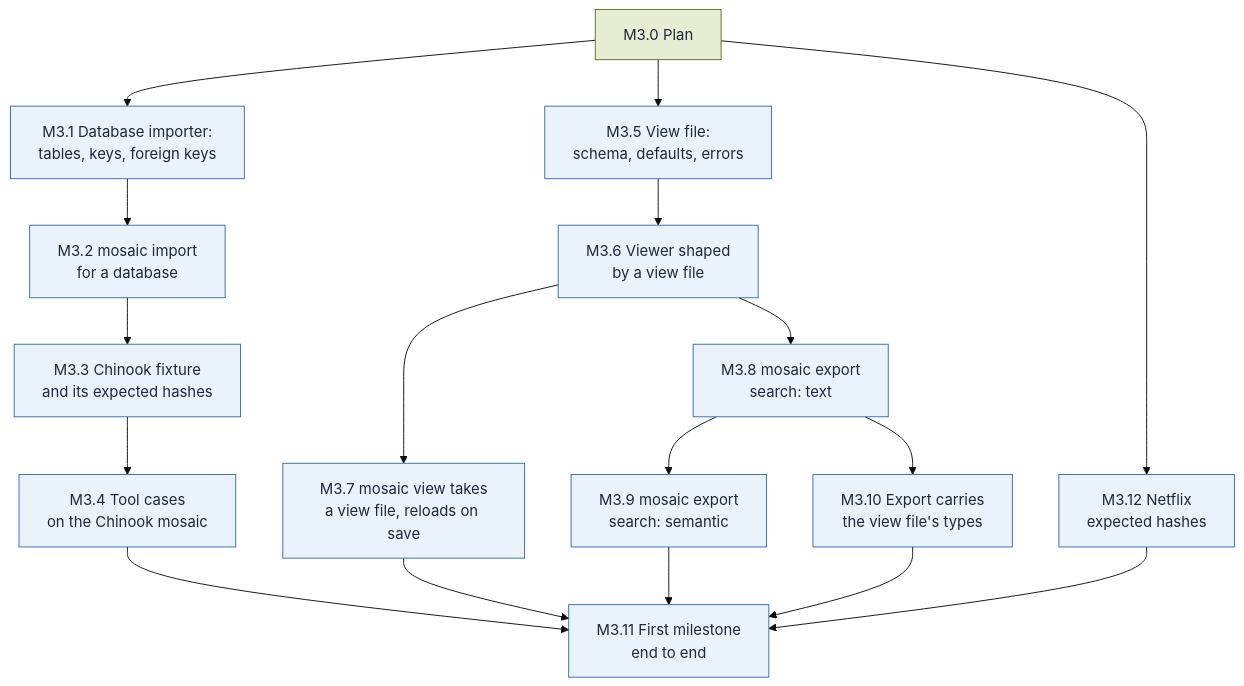
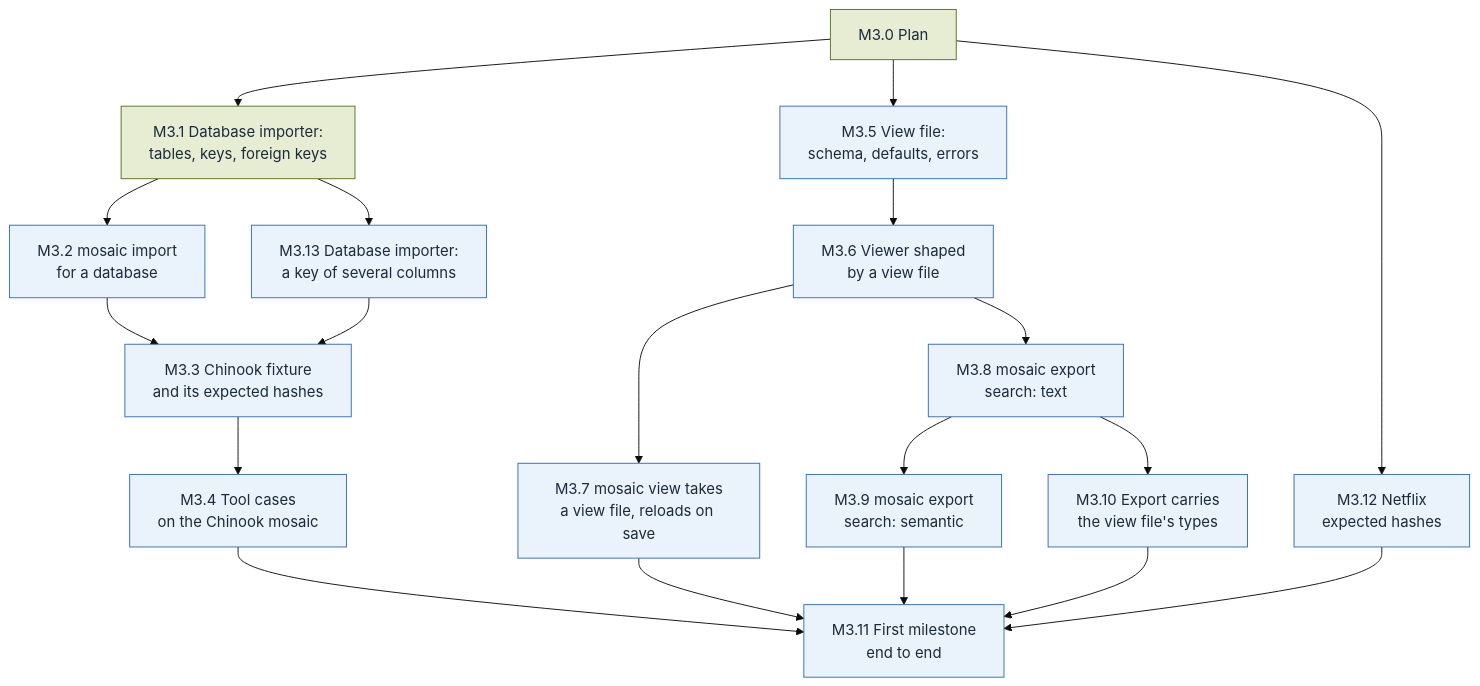
The diagram in plan/M3.md (alcjor/Mosaic), drawn with Mermaid (base theme) before and after one commit. The commit also changed other lines of this file and 4 other files, not shown here.

First line of the commit message:
M3.1 Database importer: tables, keys and foreign keys (#119)

````diff
--- a/plan/M3.md
+++ b/plan/M3.md
@@ -3,37 +3,40 @@
 ```mermaid
 flowchart TD
   M3_0["M3.0 Plan"]
   M3_1["M3.1 Database importer:<br/>tables, keys, foreign keys"]
   M3_2["M3.2 mosaic import<br/>for a database"]
   M3_3["M3.3 Chinook fixture<br/>and its expected hashes"]
   M3_4["M3.4 Tool cases<br/>on the Chinook mosaic"]
   M3_5["M3.5 View file:<br/>schema, defaults, errors"]
   M3_6["M3.6 Viewer shaped<br/>by a view file"]
   M3_7["M3.7 mosaic view takes<br/>a view file, reloads on save"]
   M3_8["M3.8 mosaic export<br/>search: text"]
   M3_9["M3.9 mosaic export<br/>search: semantic"]
   M3_10["M3.10 Export carries<br/>the view file's types"]
   M3_11["M3.11 First milestone<br/>end to end"]
   M3_12["M3.12 Netflix<br/>expected hashes"]
+  M3_13["M3.13 Database importer:<br/>a key of several columns"]
   M3_0 --> M3_1
   M3_1 --> M3_2
   M3_2 --> M3_3
   M3_3 --> M3_4
   M3_0 --> M3_5
   M3_5 --> M3_6
   M3_6 --> M3_7
   M3_6 --> M3_8
   M3_8 --> M3_9
   M3_8 --> M3_10
   M3_4 --> M3_11
   M3_7 --> M3_11
   M3_9 --> M3_11
   M3_10 --> M3_11
   M3_0 --> M3_12
   M3_12 --> M3_11
+  M3_1 --> M3_13
+  M3_13 --> M3_3
   classDef done fill:#E6EDD3,stroke:#55701F,color:#1B2A3D
   classDef todo fill:#EAF2FB,stroke:#2F6DB5,color:#1B2A3D
   classDef parked fill:#FCEFCF,stroke:#F2B630,color:#1B2A3D
-  class M3_0 done
-  class M3_1,M3_2,M3_3,M3_4,M3_5,M3_6,M3_7,M3_8,M3_9,M3_10,M3_11,M3_12 todo
+  class M3_0,M3_1 done
+  class M3_2,M3_3,M3_4,M3_5,M3_6,M3_7,M3_8,M3_9,M3_10,M3_11,M3_12,M3_13 todo
 ```
````
